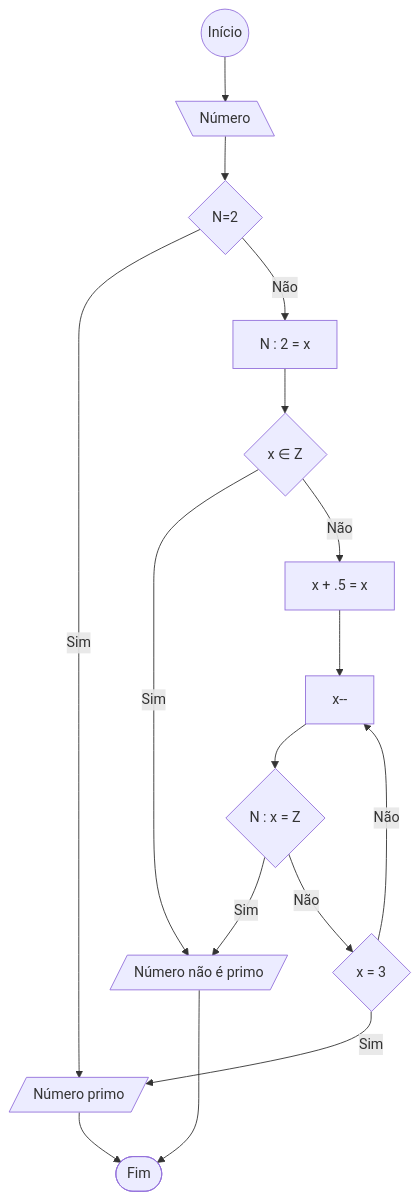
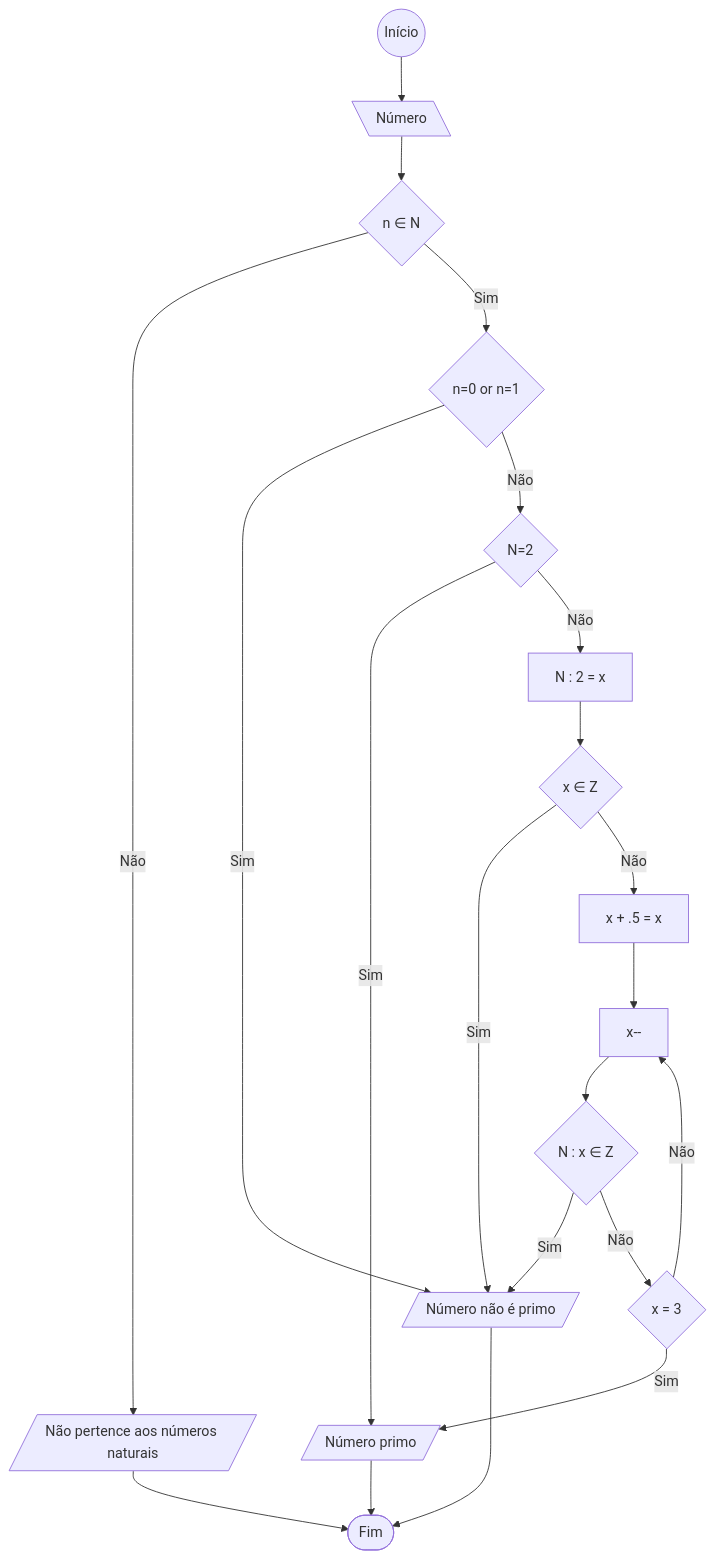
The tenth of 10 diagrams in Listas de Exercícios/LP_Lista_01/README.md (Joao-Pedro-Matias/LP-Joao_Matias), drawn with Mermaid before and after one commit. The commit also changed other lines of this file, not shown here.

Commit message:
Lista1_Finalizada

````diff
--- a/Listas de Exercícios/LP_Lista_01/README.md
+++ b/Listas de Exercícios/LP_Lista_01/README.md
@@ -197,20 +202,29 @@
    ```mermaid
    flowchart TD
       start(( Início )) --> number[\ Número \]
-      number -->  verification{ N=2 }
-      verification --> |Sim| result1[/ Número primo /]
-      verification --> |Não| operation[ N : 2 = x ]
-      operation --> verification2{x ∈ Z}
-      verification2 --> |Sim| result2[/ Número não é primo /]
-      verification2 --> |Não| operation1[x + .5 = x]
+      number --> verification{n ∈ N}      
+      verification --> |Não| result[/Não pertence aos números naturais/]
+
+      verification --> |Sim| verification1{n=0 or n=1}
+      verification1 --> |Sim| result2[/ Número não é primo /]
+      verification1 --> |Não| verification2{ N=2 }
+      
+      
+      verification2 --> |Sim| result1[/ Número primo /]
+      verification2 --> |Não| operation[ N : 2 = x ]
+      operation --> verification3{x ∈ Z}
+      verification3 --> |Sim| result2
+      verification3 --> |Não| operation1[x + .5 = x]
       operation1 --> operation2[ x-- ]
-      operation2 --> verification3{  N : x = Z}
-      verification3 --> |Sim| result2
-      verification3 --> |Não| verification4{ x = 3 }
-      verification4 --> |Sim| result1
-      verification4 --> |Não| operation2
-      result1 --> finish([ Fim ])
+      operation2 --> verification4{  N : x ∈ Z}
+      verification4 --> |Sim| result2
+      verification4 --> |Não| verification5{ x = 3 }
+      verification5 --> |Sim| result1
+      verification5 --> |Não| operation2
+      
+      result --> finish([ Fim ])
+      result1 --> finish
       result2 --> finish
     
    
    ```
````
